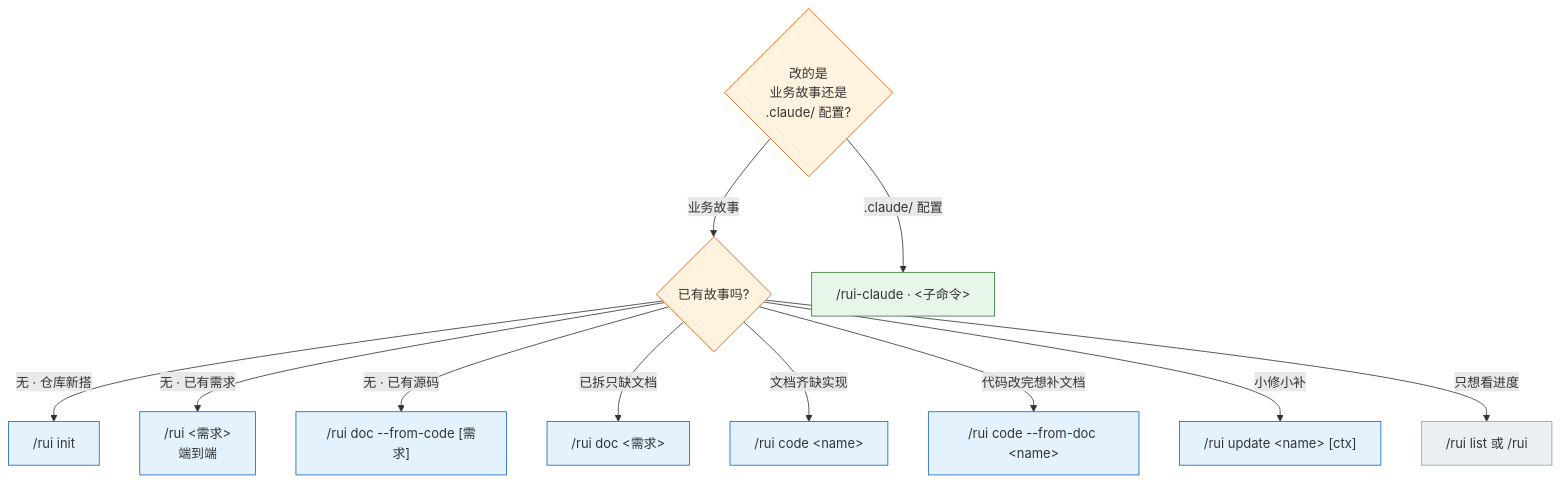
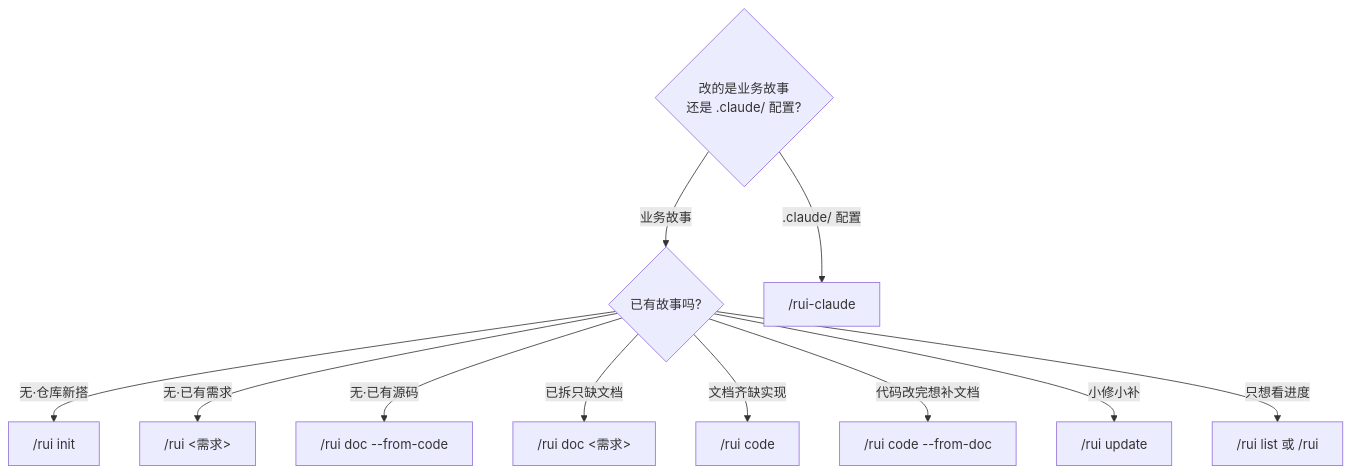
Before and after one commit to effiy/YrY: the third of 3 diagrams in README.md, drawn with Mermaid. The commit also changed other lines of this file and 4 other files, not shown here.

````diff
--- a/README.md
+++ b/README.md
@@ -293,19 +132,14 @@
 ```mermaid
 flowchart TD
-    Q1{"改的是<br/>业务故事还是<br/>.claude/ 配置?"}:::q
-    Q1 -->|"业务故事"| Q2{"已有故事吗?"}:::q
-    Q1 -->|".claude/ 配置"| RC["/rui-claude · &lt;子命令&gt;"]:::rc
-    Q2 -->|"无 · 仓库新搭"| INIT["/rui init"]:::rui
-    Q2 -->|"无 · 已有需求"| E2E["/rui &lt;需求&gt;<br/>端到端"]:::rui
-    Q2 -->|"无 · 已有源码"| FC["/rui doc --from-code [需求]"]:::rui
-    Q2 -->|"已拆只缺文档"| DOC["/rui doc &lt;需求&gt;"]:::rui
-    Q2 -->|"文档齐缺实现"| CODE["/rui code &lt;name&gt;"]:::rui
-    Q2 -->|"代码改完想补文档"| FD["/rui code --from-doc &lt;name&gt;"]:::rui
-    Q2 -->|"小修小补"| UPD["/rui update &lt;name&gt; [ctx]"]:::rui
-    Q2 -->|"只想看进度"| LIST["/rui list 或 /rui"]:::ro
-
-    classDef q fill:#fff3e0,stroke:#e65100;
-    classDef rui fill:#e3f2fd,stroke:#1565c0;
-    classDef rc fill:#e8f5e9,stroke:#2e7d32;
-    classDef ro fill:#eceff1,stroke:#90a4ae;
+    Q1{"改的是业务故事<br/>还是 .claude/ 配置?"}
+    Q1 -->|"业务故事"| Q2{"已有故事吗?"}
+    Q1 -->|".claude/ 配置"| RC["/rui-claude"]
+    Q2 -->|"无·仓库新搭"| INIT["/rui init"]
+    Q2 -->|"无·已有需求"| E2E["/rui <需求>"]
+    Q2 -->|"无·已有源码"| FC["/rui doc --from-code"]
+    Q2 -->|"已拆只缺文档"| DOC["/rui doc <需求>"]
+    Q2 -->|"文档齐缺实现"| CODE["/rui code <name>"]
+    Q2 -->|"代码改完想补文档"| FD["/rui code --from-doc"]
+    Q2 -->|"小修小补"| UPD["/rui update"]
+    Q2 -->|"只想看进度"| LIST["/rui list 或 /rui"]
 ```
````
